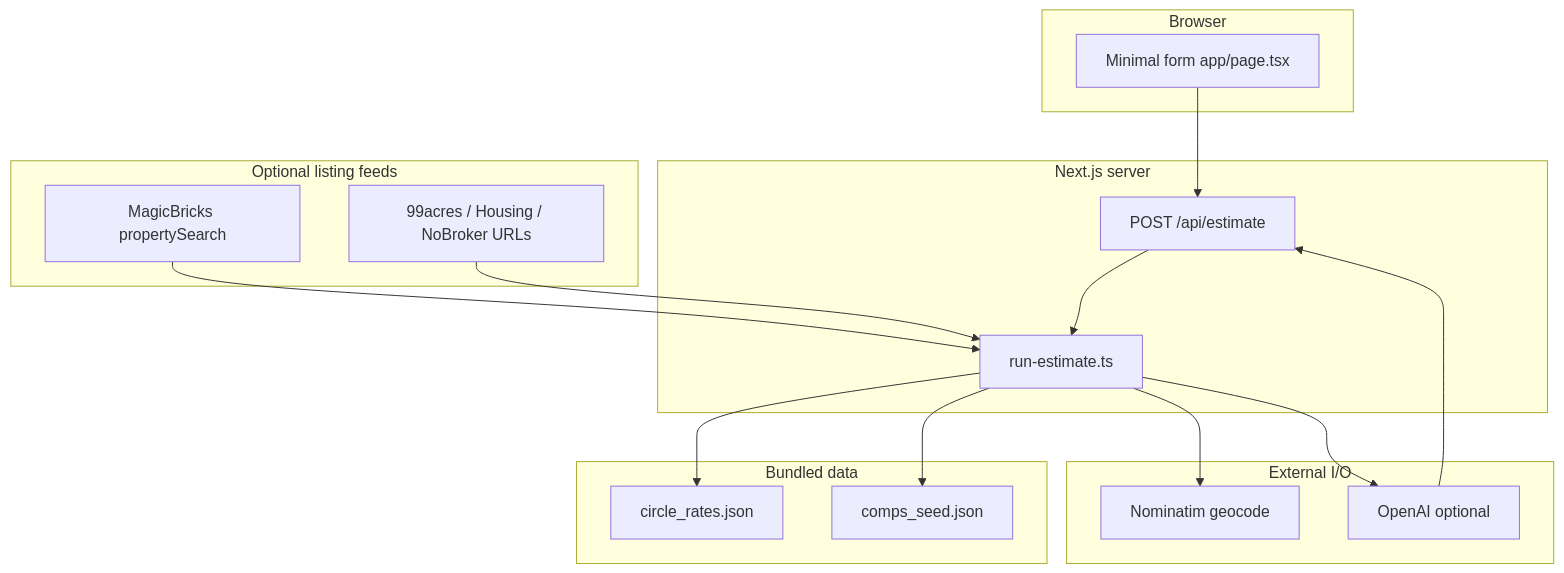
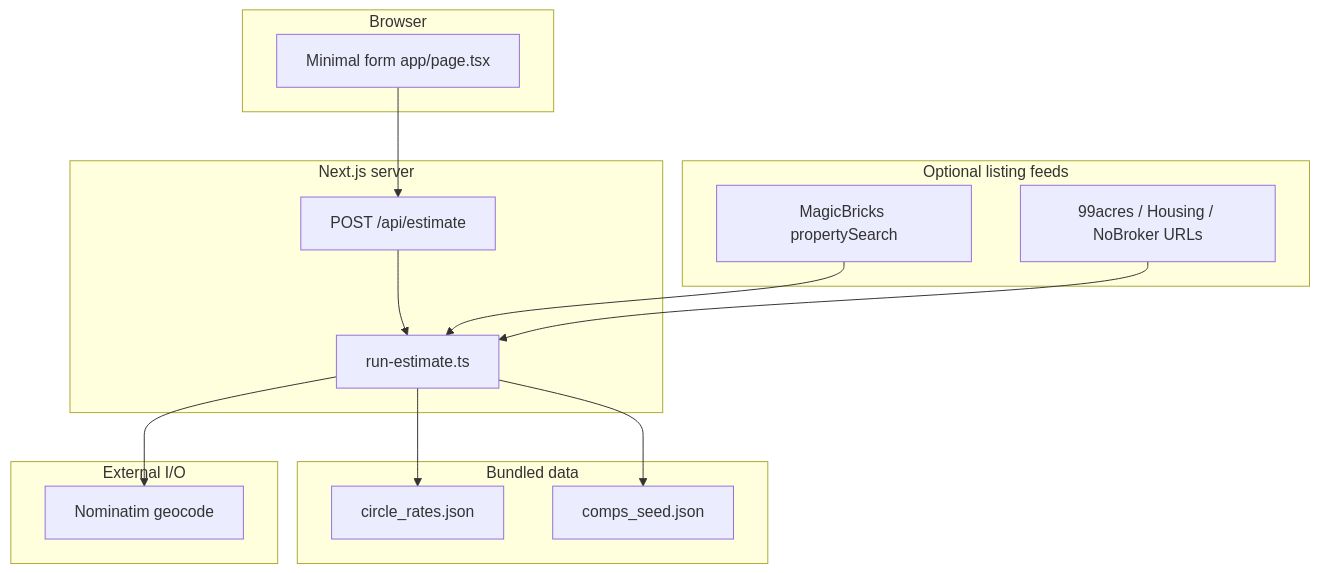
One commit to dipanshuraz/AI-Powered-Collateral-Valuation-Resale-Liquidity-Engine changed the diagram in docs/ARCHITECTURE.md. Above: the diagram before and after it, drawn with Mermaid. The commit also changed other lines of this file and 28 other files, not shown here.

````diff
--- a/docs/ARCHITECTURE.md
+++ b/docs/ARCHITECTURE.md
@@ -18,32 +17,29 @@
 ```mermaid
 flowchart TB
   subgraph client [Browser]
     UI[Minimal form app/page.tsx]
   end
   subgraph next [Next.js server]
     API["POST /api/estimate"]
     RE[run-estimate.ts]
   end
   subgraph data [Bundled data]
     CR[circle_rates.json]
     SEED[comps_seed.json]
   end
   subgraph portals [Optional listing feeds]
     MB[MagicBricks propertySearch]
     P99[99acres / Housing / NoBroker URLs]
   end
   subgraph external [External I/O]
     GEO[Nominatim geocode]
-    LLM[OpenAI optional]
   end
 
   UI --> API
   API --> RE
   RE --> CR
   RE --> SEED
   RE --> GEO
   MB --> RE
   P99 --> RE
-  RE --> LLM
-  LLM --> API
 ```
````
